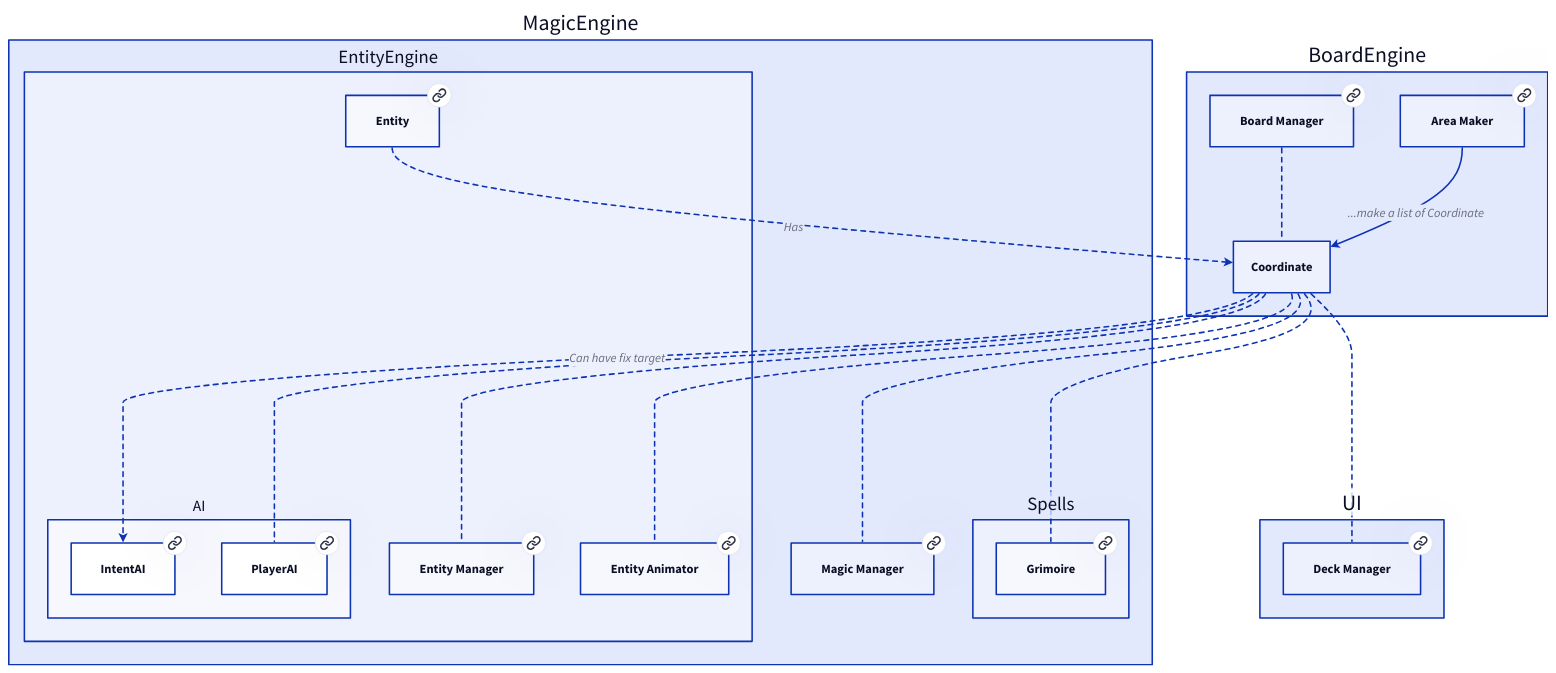
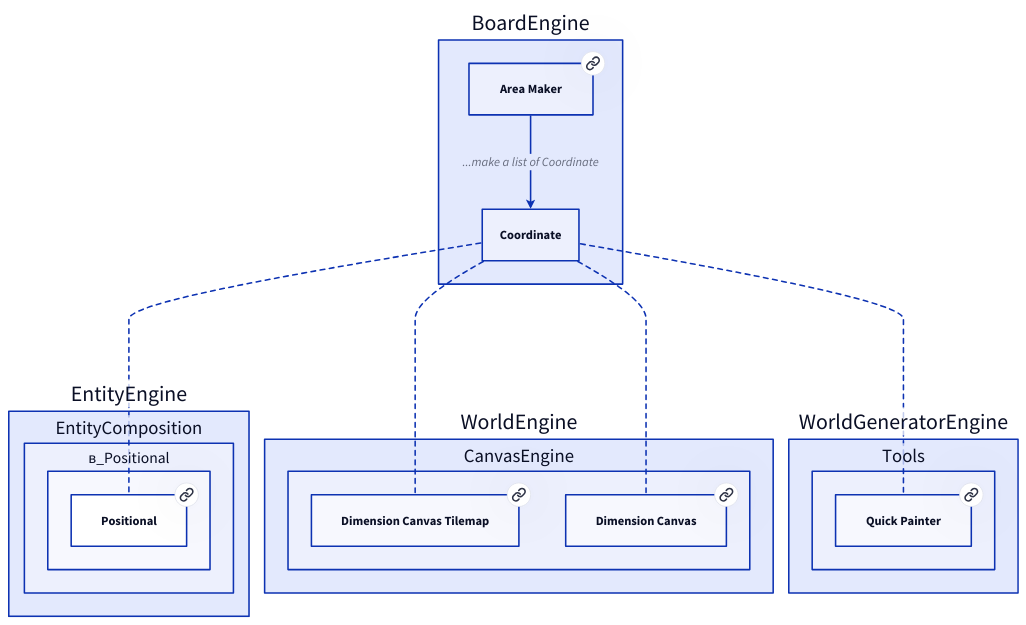
The diagram in doc/graphs/d2/Coordinate.d2 (Portevent/Brume-Documentation), drawn with D2 before and after one commit. The commit also changed 226 other files, not shown here.

```diff
--- a/doc/graphs/d2/Coordinate.d2
+++ b/doc/graphs/d2/Coordinate.d2
@@ -1,64 +1,42 @@
 # Nodes :
-UI: {
-    DeckManager: Deck Manager {
-       link: DeckManager
+EntityEngine: {
+    EntityComposition: {
+        в_Positional: {
+            Positional: Positional {
+               link: Positional
+            }
+        }
     }
 }
 BoardEngine: {
     AreaMaker: Area Maker {
        link: AreaMaker
     }
-    BoardManager: Board Manager {
-       link: BoardManager
+}
+WorldEngine: {
+    CanvasEngine: {
+        DimensionCanvasTilemap: Dimension Canvas Tilemap {
+           link: DimensionCanvasTilemap
+        }
+        DimensionCanvas: Dimension Canvas {
+           link: DimensionCanvas
+        }
     }
 }
-MagicEngine: {
-    EntityEngine: {
-        AI: {
-            IntentAI: IntentAI {
-               link: IntentAI
-            }
-            PlayerAI: PlayerAI {
-               link: PlayerAI
-            }
-        }
-        EntityManager: Entity Manager {
-           link: EntityManager
-        }
-        Entity: Entity {
-           link: Entity
-        }
-        EntityAnimator: Entity Animator {
-           link: EntityAnimator
-        }
-    }
-    MagicManager: Magic Manager {
-       link: MagicManager
-    }
-    Spells: {
-        Grimoire: Grimoire {
-           link: Grimoire
+WorldGeneratorEngine: {
+    Tools: {
+        QuickPainter: Quick Painter {
+           link: QuickPainter
         }
     }
 }
 
 # Links :
-BoardEngine.Coordinate -- UI.DeckManager: {style.stroke-dash: 3}
-BoardEngine.Coordinate -- MagicEngine.EntityEngine.AI.PlayerAI: {style.stroke-dash: 3}
-BoardEngine.Coordinate -- MagicEngine.EntityEngine.EntityManager: {style.stroke-dash: 3}
-BoardEngine.Coordinate -- MagicEngine.EntityEngine.EntityAnimator: {style.stroke-dash: 3}
-BoardEngine.Coordinate -- MagicEngine.MagicManager: {style.stroke-dash: 3}
-BoardEngine.Coordinate -- MagicEngine.Spells.Grimoire: {style.stroke-dash: 3}
-BoardEngine.BoardManager -- BoardEngine.Coordinate: {style.stroke-dash: 3}
+BoardEngine.Coordinate -- EntityEngine.EntityComposition.в_Positional.Positional: {style.stroke-dash: 3}
+BoardEngine.Coordinate -- WorldEngine.CanvasEngine.DimensionCanvasTilemap: {style.stroke-dash: 3}
+BoardEngine.Coordinate -- WorldEngine.CanvasEngine.DimensionCanvas: {style.stroke-dash: 3}
+BoardEngine.Coordinate -- WorldGeneratorEngine.Tools.QuickPainter: {style.stroke-dash: 3}
 BoardEngine.AreaMaker -> BoardEngine.Coordinate: ...make a list of Coordinate {
 source-arrowhead: {}
 target-arrowhead: {shape: arrow}
 }
-BoardEngine.Coordinate -> MagicEngine.EntityEngine.AI.IntentAI: Can have fix target {style.stroke-dash: 3
-source-arrowhead: {}
-target-arrowhead: {shape: arrow}
-}
-MagicEngine.EntityEngine.Entity -> BoardEngine.Coordinate: Has {style.stroke-dash: 3
-source-arrowhead: {}
-target-arrowhead: {shape: arrow}
-}
```
